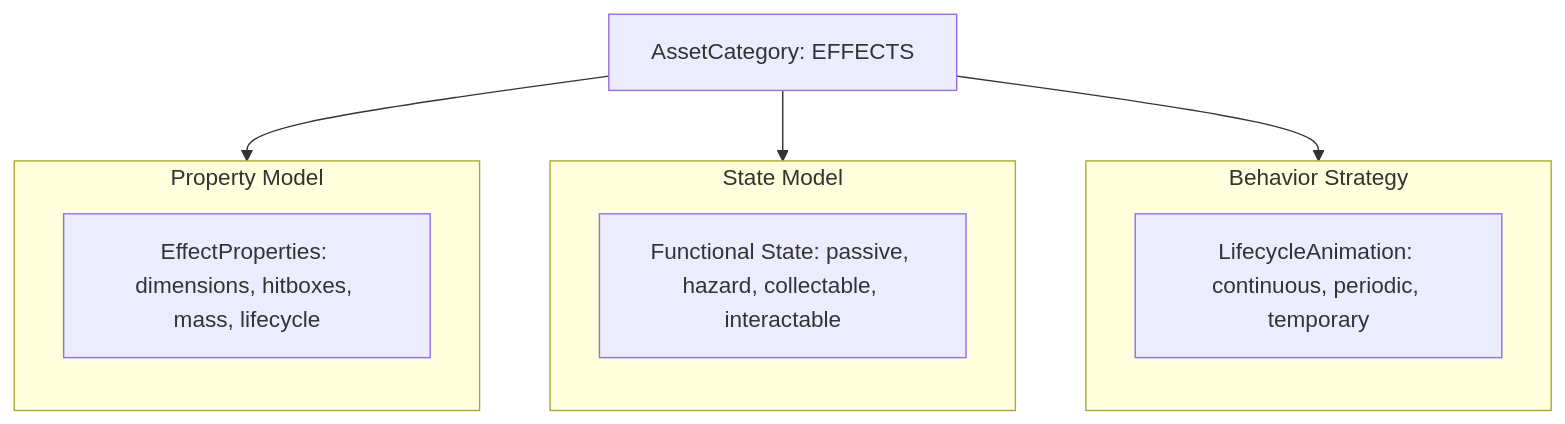
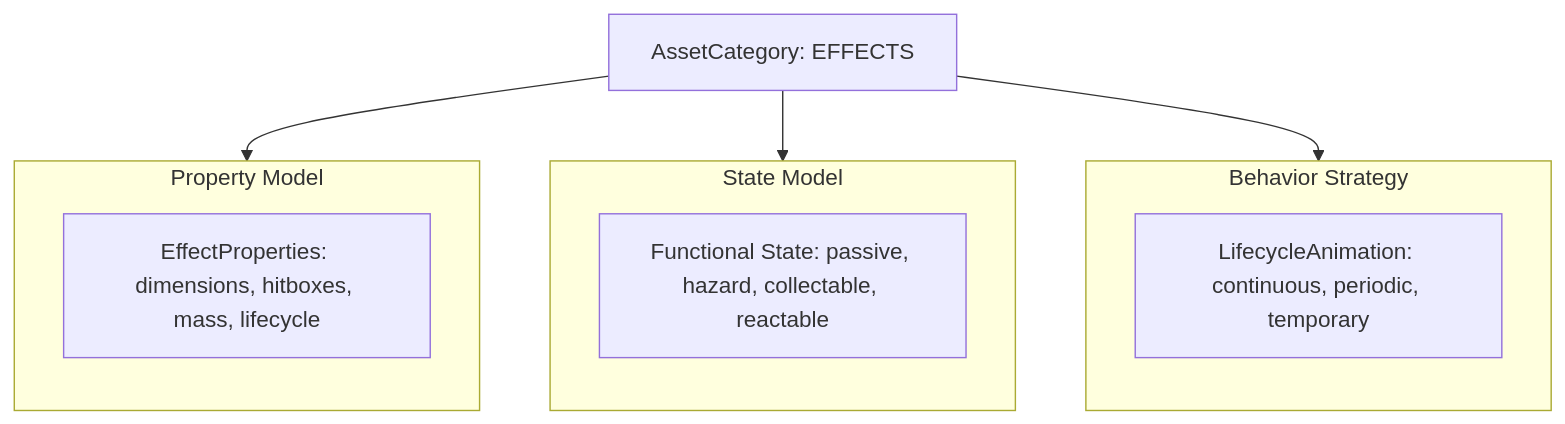
Before and after one commit to chinchalinchin/ontology: the diagram in .prompts/board/phases/refactor/refactor-02-06.md, drawn with Mermaid. The commit also changed other lines of this file and 57 other files, not shown here.

````diff
--- a/.prompts/board/phases/refactor/refactor-02-06.md
+++ b/.prompts/board/phases/refactor/refactor-02-06.md
@@ -15,23 +15,23 @@
 ```mermaid
 flowchart TD
     Root["AssetCategory: EFFECTS"]
 
     Root --> PropertyModel
     Root --> StateModel
     Root --> BehaviorStrategy
 
     subgraph PropertyModel ["Property Model"]
         direction TB
         PropContent["EffectProperties: dimensions, hitboxes, mass, lifecycle"]
     end
     
     subgraph StateModel ["State Model"]
         direction TB
-        StateContent["Functional State: passive, hazard, collectable, interactable"]
+        StateContent["Functional State: passive, hazard, collectable, reactable"]
     end
 
     subgraph BehaviorStrategy ["Behavior Strategy"]
         direction TB
         BehaviorContent["LifecycleAnimation: continuous, periodic, temporary"]
     end
 ```
````
